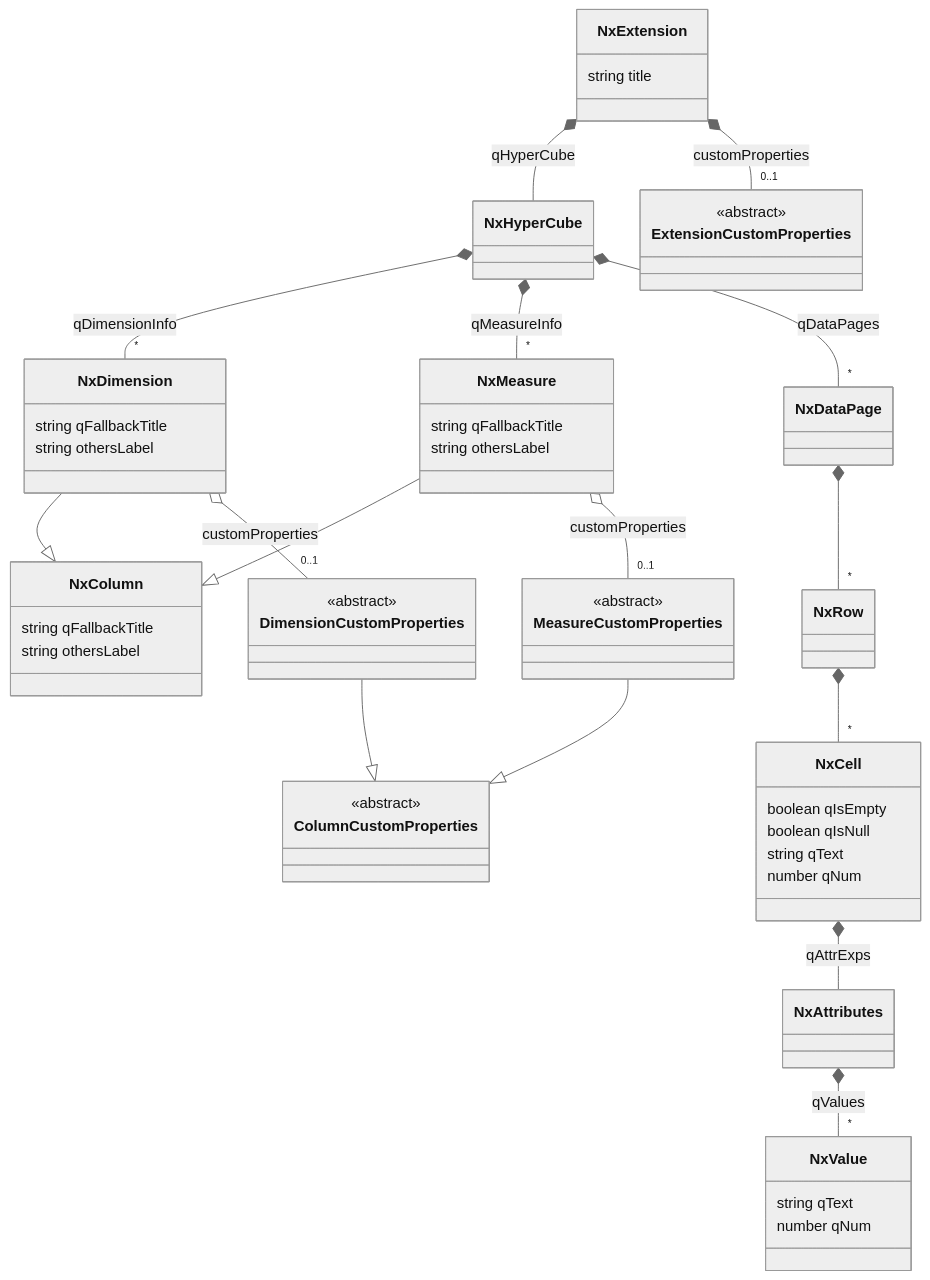
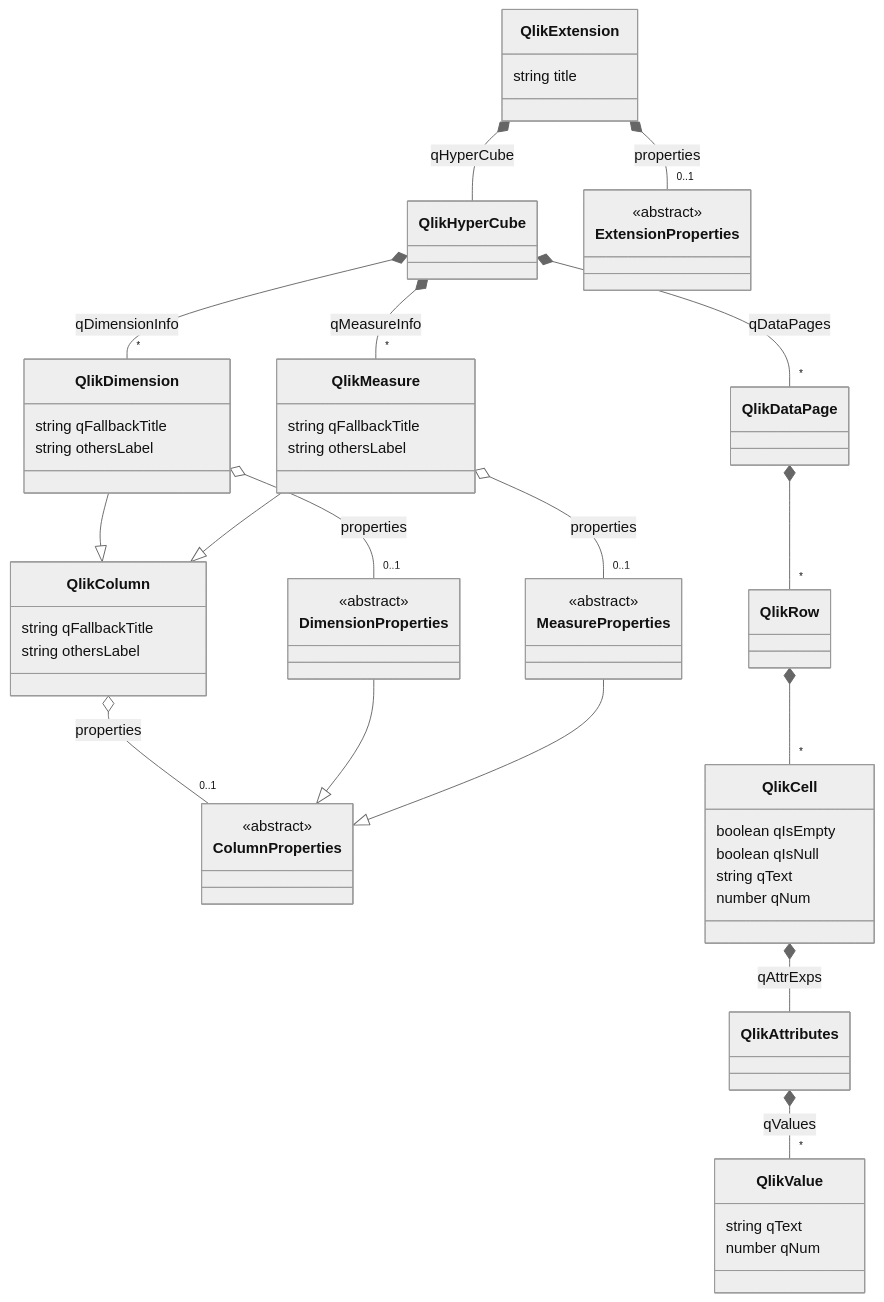
One commit to Rodionov-Sergey/C3QlikSense changed the diagram in Extension/jsdoc/qlik.jsdoc.diagram.md. Above: the diagram before and after it, drawn with Mermaid (neutral theme). The commit also changed 4 other files, not shown here.

Commit message:
* Изменены названия определений для Qlik: префикс Nx заменён на Qlik. * Изменены названия кастомных свойств: убрано слово Custom. * Обновлена диаграмма классов Qlik API.

````diff
--- a/Extension/jsdoc/qlik.jsdoc.diagram.md
+++ b/Extension/jsdoc/qlik.jsdoc.diagram.md
@@ -15,69 +15,70 @@
 ```mermaid
 classDiagram
-    class NxExtension {
+    class QlikExtension {
         string title
     }
-    NxExtension *-- NxHyperCube: qHyperCube
-    NxExtension *-- "0..1" ExtensionCustomProperties: customProperties
+    QlikExtension *-- QlikHyperCube: qHyperCube
+    QlikExtension *-- "0..1" ExtensionProperties: properties
 
-    NxHyperCube *-- "*" NxDimension: qDimensionInfo
-    NxHyperCube *-- "*" NxMeasure: qMeasureInfo
-    NxHyperCube *-- "*" NxDataPage: qDataPages
+    QlikHyperCube *-- "*" QlikDimension: qDimensionInfo
+    QlikHyperCube *-- "*" QlikMeasure: qMeasureInfo
+    QlikHyperCube *-- "*" QlikDataPage: qDataPages
 
-    class NxColumn {
+    class QlikColumn {
          string qFallbackTitle 
          string othersLabel
     }
+    QlikColumn o-- "0..1" ColumnProperties: properties
 
-    class NxDimension {
+    class QlikDimension {
          string qFallbackTitle 
          string othersLabel
     }
-    NxDimension --|> NxColumn
-    NxDimension o-- "0..1" DimensionCustomProperties: customProperties
+    QlikDimension --|> QlikColumn
+    QlikDimension o-- "0..1" DimensionProperties: properties
 
-    class NxMeasure {
+    class QlikMeasure {
          string qFallbackTitle 
          string othersLabel
     }
-    NxMeasure --|> NxColumn
-    NxMeasure o-- "0..1" MeasureCustomProperties: customProperties
+    QlikMeasure --|> QlikColumn
+    QlikMeasure o-- "0..1" MeasureProperties: properties
 
-    NxDataPage *-- "*" NxRow
+    QlikDataPage *-- "*" QlikRow
 
-    NxRow *-- "*" NxCell
+    QlikRow *-- "*" QlikCell
 
-    class NxCell {
+    class QlikCell {
         boolean qIsEmpty
         boolean qIsNull
         string qText
         number qNum
     }
-    NxCell *-- NxAttributes: qAttrExps
+    QlikCell *-- QlikAttributes: qAttrExps
 
-    NxAttributes *-- "*" NxValue: qValues
+    QlikAttributes *-- "*" QlikValue: qValues
 
-    class NxValue {
+    class QlikValue {
         string qText
         number qNum 
     }
 
-    class ExtensionCustomProperties {
+    class ExtensionProperties {
         <<abstract>>
     }
 
-    class ColumnCustomProperties {
+    class ColumnProperties {
         <<abstract>>
     }
 
-    class DimensionCustomProperties {
+    class DimensionProperties {
         <<abstract>>
     }
-    DimensionCustomProperties --|> ColumnCustomProperties
+    DimensionProperties --|> ColumnProperties
 
-    class MeasureCustomProperties {
+    class MeasureProperties {
         <<abstract>>
     }
-    MeasureCustomProperties --|> ColumnCustomProperties
+    MeasureProperties --|> ColumnProperties
 
 ```
````
